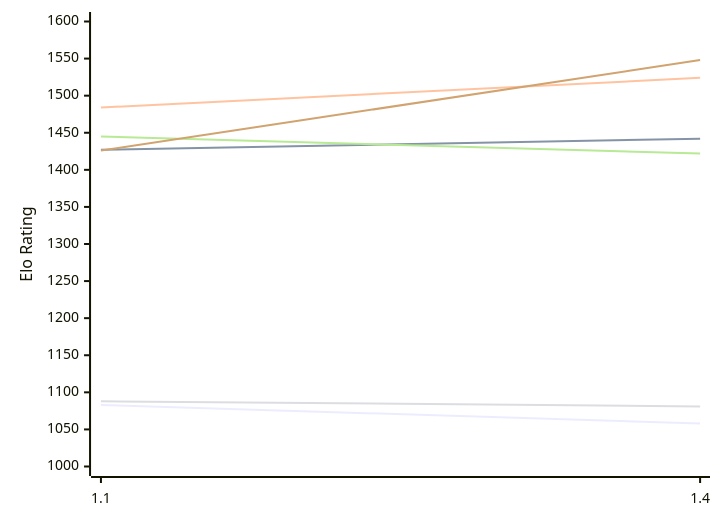
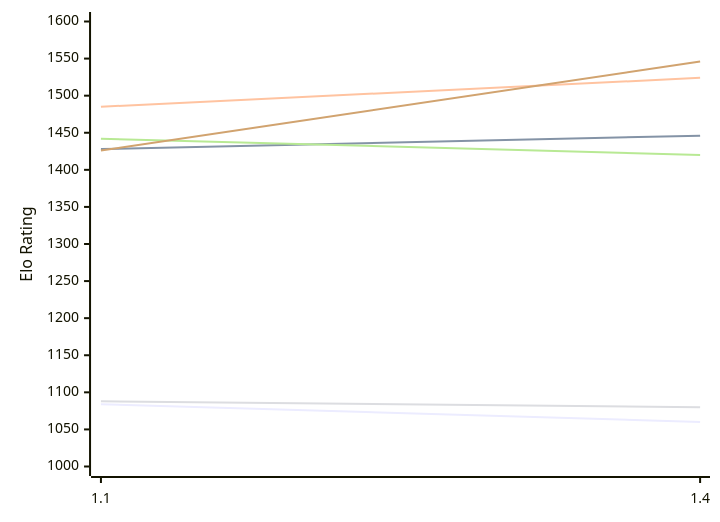
Before and after one commit to computer-chess-index/cci: the first of 2 diagrams in engines/USunfish.md, drawn with Mermaid. The commit also changed other lines of this file, not shown here.

Commit message:
Update CCI Ratings (ELO VLTC) - 2026-11-19

````diff
--- a/engines/USunfish.md
+++ b/engines/USunfish.md
@@ -50,12 +50,12 @@
 ```mermaid
 %%{init: {"theme":"base","themeVariables":{"seriesColors:['#a3a3a3','#222221','#faa371']}}}%%
 xychart-beta
   x-axis ["1.1", "1.4"]
   y-axis "Elo Rating" 1000 --> 1600
-  line "E1: STC (8.0+0.08s)" [1083, 1058]
-  line "E1: LTC (60.0+0.60s)" [1427, 1442]
-  line "E1: VLTC (2m24s+1.12s)" [1484, 1524]
-  line "P1: STC (8.0+0.08s)" [1088, 1081]
-  line "P1: LTC (60.0+0.60s)" [1445, 1422]
-  line "P1: VLTC (2m24s+1.12s)" [1426, 1548]
+  line "E1: STC (8.0+0.08s)" [1084, 1060]
+  line "E1: LTC (60.0+0.60s)" [1428, 1446]
+  line "E1: VLTC (2m24s+1.12s)" [1485, 1524]
+  line "P1: STC (8.0+0.08s)" [1088, 1080]
+  line "P1: LTC (60.0+0.60s)" [1442, 1420]
+  line "P1: VLTC (2m24s+1.12s)" [1426, 1546]
 ```
````
